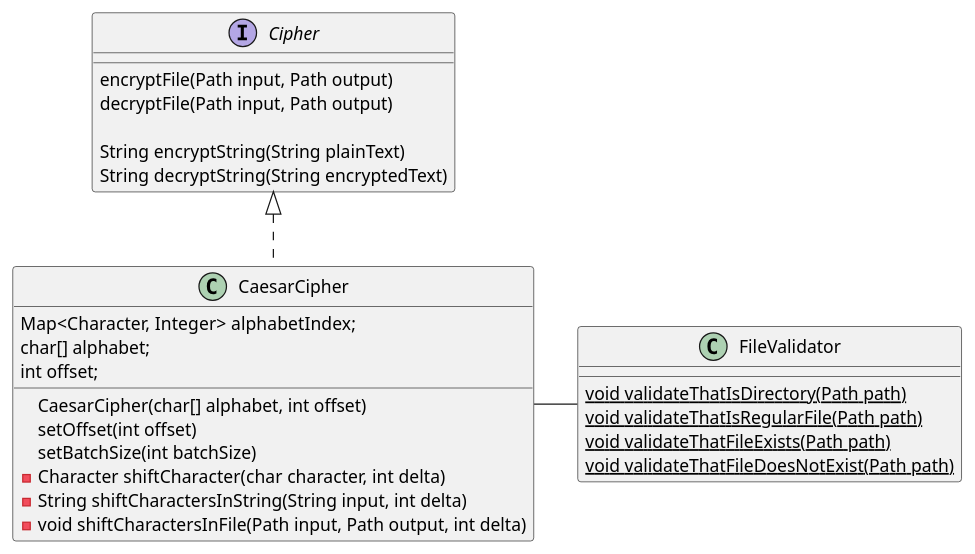
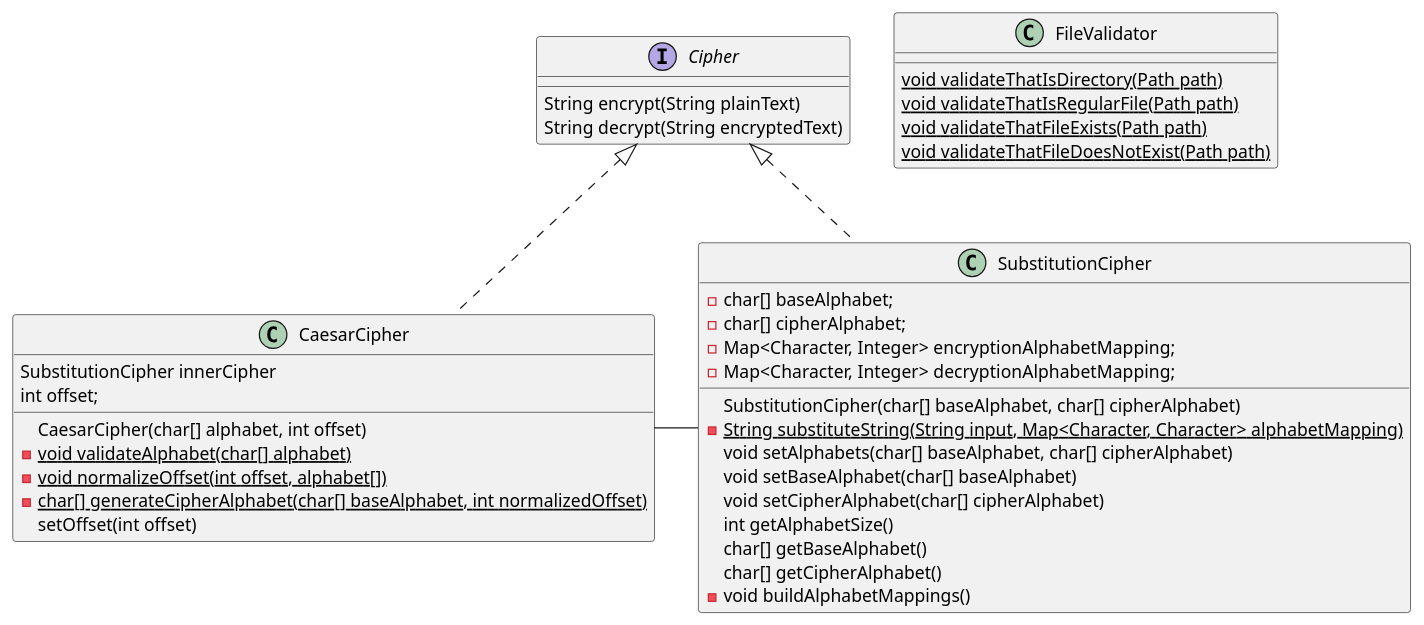
One commit to jlarteaga/cgu-cryptography-project changed the diagram in docs/class-diagram.puml. Above: the diagram before and after it, drawn with PlantUML. The commit also changed 7 other files, not shown here.

Commit message:
refactor: remove file manipulation logic from cipher and include SubstitutionCipher

```diff
--- a/docs/class-diagram.puml
+++ b/docs/class-diagram.puml
@@ -1,33 +1,46 @@
 @startuml
 
 interface Cipher {
-    encryptFile(Path input, Path output)
-    decryptFile(Path input, Path output)
+    String encrypt(String plainText)
+    String decrypt(String encryptedText)
+}
 
-    String encryptString(String plainText)
-    String decryptString(String encryptedText)
+class SubstitutionCipher implements Cipher {
+    - char[] baseAlphabet;
+    - char[] cipherAlphabet;
+    - Map<Character, Integer> encryptionAlphabetMapping;
+    - Map<Character, Integer> decryptionAlphabetMapping;
+
+    SubstitutionCipher(char[] baseAlphabet, char[] cipherAlphabet)
+    - {static} String substituteString(String input, Map<Character, Character> alphabetMapping)
+    void setAlphabets(char[] baseAlphabet, char[] cipherAlphabet)
+    void setBaseAlphabet(char[] baseAlphabet)
+    void setCipherAlphabet(char[] cipherAlphabet)
+    int getAlphabetSize()
+    char[] getBaseAlphabet()
+    char[] getCipherAlphabet()
+    - void buildAlphabetMappings()
 }
 
 class CaesarCipher implements Cipher {
-    Map<Character, Integer> alphabetIndex;
-    char[] alphabet;
+    SubstitutionCipher innerCipher
     int offset;
 
     CaesarCipher(char[] alphabet, int offset)
+    - {static} void validateAlphabet(char[] alphabet)
+    - {static} void normalizeOffset(int offset, alphabet[])
+    - {static} char[] generateCipherAlphabet(char[] baseAlphabet, int normalizedOffset)
     setOffset(int offset)
-    setBatchSize(int batchSize)
-    - Character shiftCharacter(char character, int delta)
-    - String shiftCharactersInString(String input, int delta)
-    - void shiftCharactersInFile(Path input, Path output, int delta)
+
 }
 
 class FileValidator
 {
     {static} void validateThatIsDirectory(Path path)
     {static} void validateThatIsRegularFile(Path path)
     {static} void validateThatFileExists(Path path)
     {static} void validateThatFileDoesNotExist(Path path)
 }
 
-CaesarCipher - FileValidator
+CaesarCipher - SubstitutionCipher
 @enduml
```
